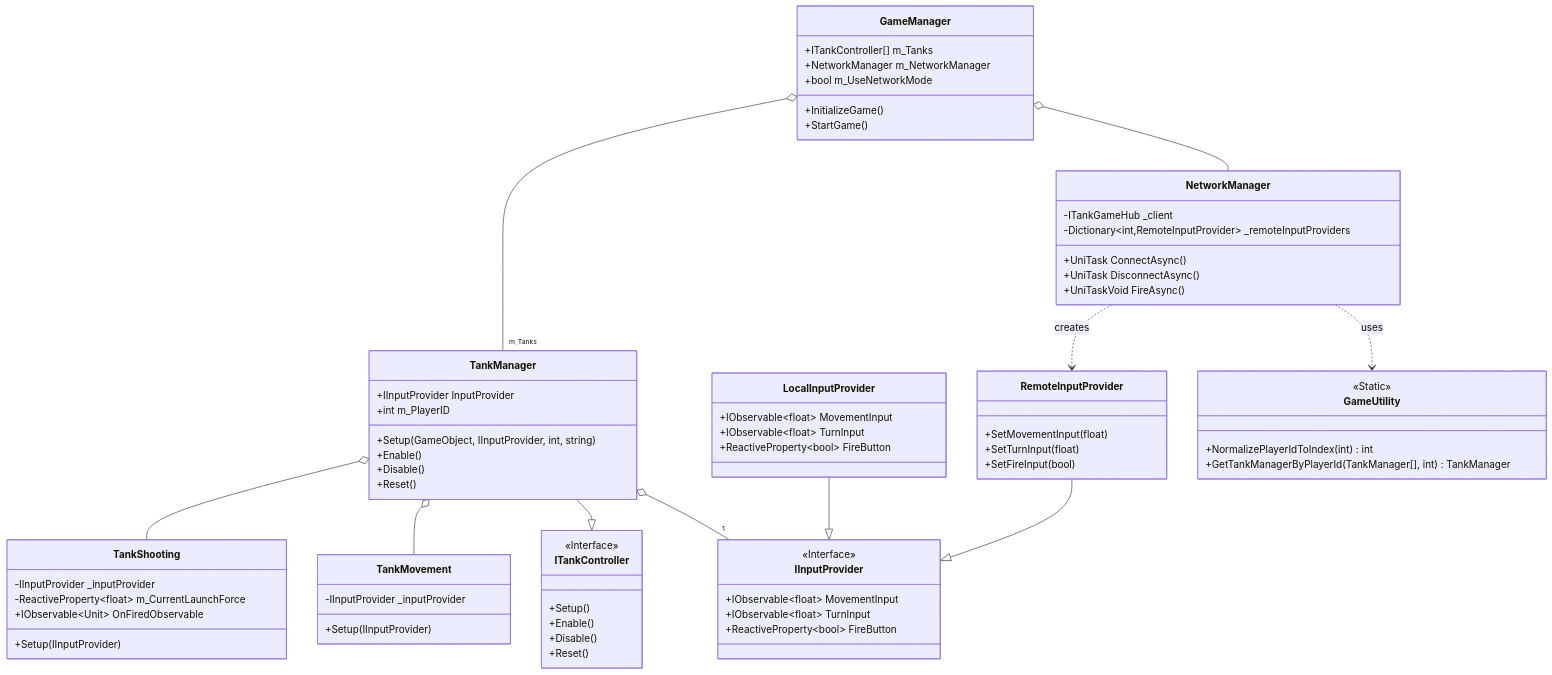
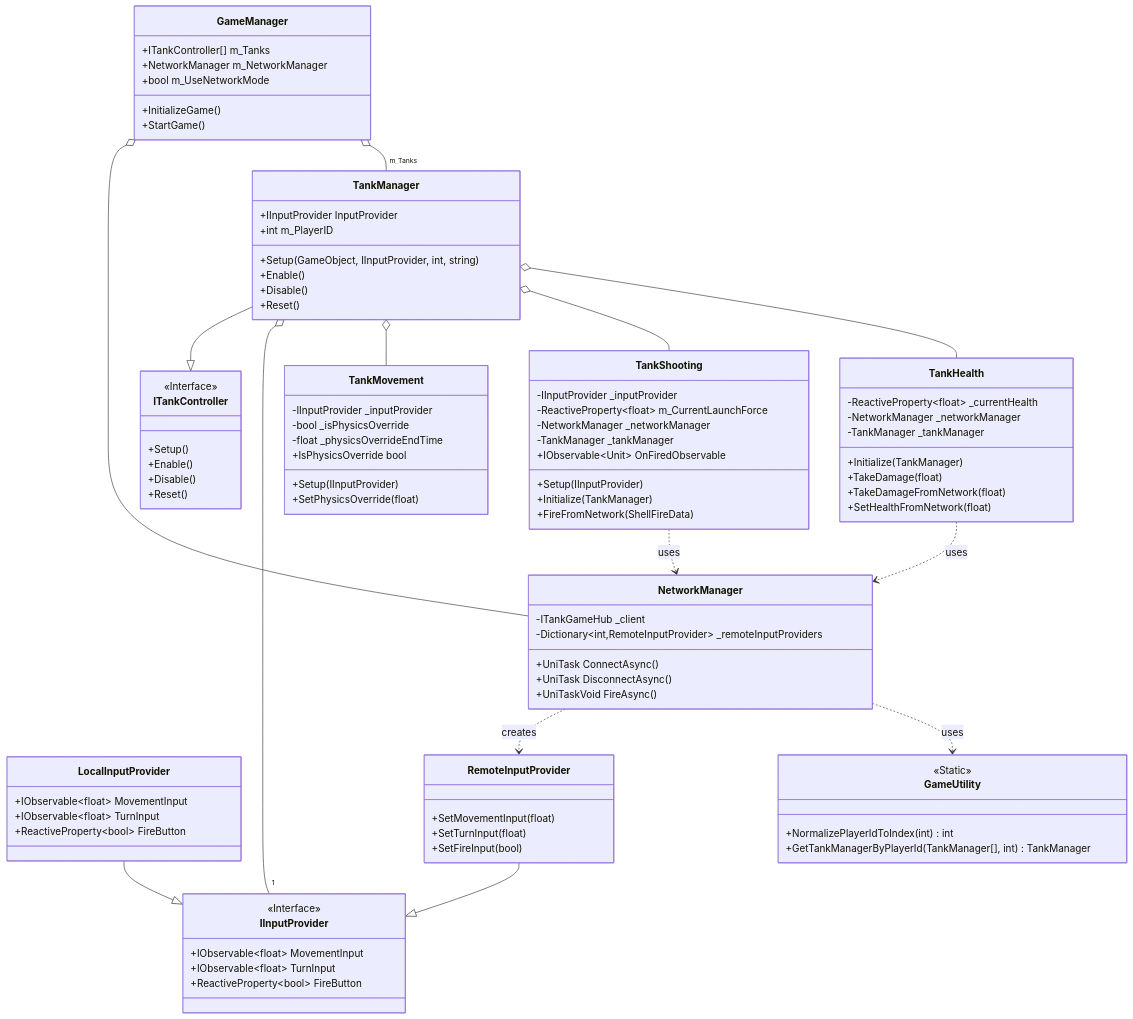
Before and after one commit to Kaguchi08/tanks_ex: the third of 4 diagrams in DESIGN_DOCUMENT.md, drawn with Mermaid. The commit also changed other lines of this file, not shown here.

````diff
--- a/DESIGN_DOCUMENT.md
+++ b/DESIGN_DOCUMENT.md
@@ -270,13 +360,31 @@
     class TankShooting {
         -IInputProvider _inputProvider
         -ReactiveProperty~float~ m_CurrentLaunchForce
+        -NetworkManager _networkManager
+        -TankManager _tankManager
         +IObservable~Unit~ OnFiredObservable
         +Setup(IInputProvider)
+        +Initialize(TankManager)
+        +FireFromNetwork(ShellFireData)
     }
 
     class TankMovement {
         -IInputProvider _inputProvider
+        -bool _isPhysicsOverride
+        -float _physicsOverrideEndTime
         +Setup(IInputProvider)
+        +SetPhysicsOverride(float)
+        +IsPhysicsOverride bool
+    }
+
+    class TankHealth {
+        -ReactiveProperty~float~ _currentHealth
+        -NetworkManager _networkManager
+        -TankManager _tankManager
+        +Initialize(TankManager)
+        +TakeDamage(float)
+        +TakeDamageFromNetwork(float)
+        +SetHealthFromNetwork(float)
     }
 
     class ITankController {
@@ -318,10 +426,13 @@
     TankManager o-- "1" IInputProvider
     TankManager o-- TankMovement
     TankManager o-- TankShooting
+    TankManager o-- TankHealth
     
     LocalInputProvider --|> IInputProvider
     RemoteInputProvider --|> IInputProvider
     
     NetworkManager ..> RemoteInputProvider : creates
     NetworkManager ..> GameUtility : uses
+    TankShooting ..> NetworkManager : uses
+    TankHealth ..> NetworkManager : uses
 ```
````
